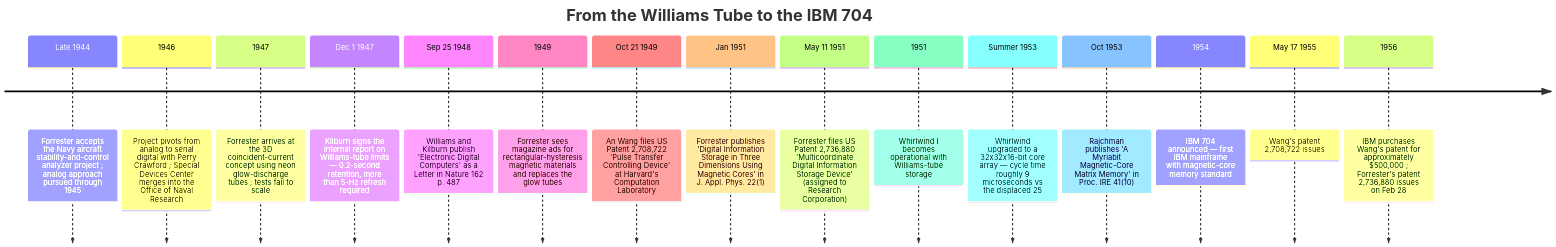
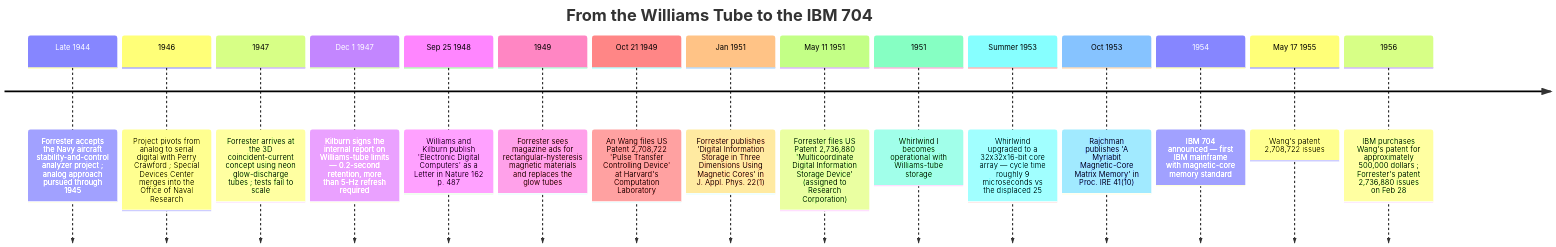
One commit to kube-dojo/kube-dojo changed the diagram in src/content/docs/ai-history/ch-09-the-memory-miracle.md. Above: the diagram before and after it, drawn with Mermaid. The commit also changed other lines of this file and 2 other files, not shown here.

````diff
--- a/src/content/docs/ai-history/ch-09-the-memory-miracle.md
+++ b/src/content/docs/ai-history/ch-09-the-memory-miracle.md
@@ -29,19 +29,19 @@
 ```mermaid
 timeline
     title From the Williams Tube to the IBM 704
     Late 1944 : Forrester accepts the Navy aircraft stability-and-control analyzer project ; analog approach pursued through 1945
     1946 : Project pivots from analog to serial digital with Perry Crawford ; Special Devices Center merges into the Office of Naval Research
     1947 : Forrester arrives at the 3D coincident-current concept using neon glow-discharge tubes ; tests fail to scale
     Dec 1 1947 : Kilburn signs the internal report on Williams-tube limits — 0.2-second retention, more than 5-Hz refresh required
     Sep 25 1948 : Williams and Kilburn publish 'Electronic Digital Computers' as a Letter in Nature 162 p. 487
     1949 : Forrester sees magazine ads for rectangular-hysteresis magnetic materials and replaces the glow tubes
     Oct 21 1949 : An Wang files US Patent 2,708,722 'Pulse Transfer Controlling Device' at Harvard's Computation Laboratory
     Jan 1951 : Forrester publishes 'Digital Information Storage in Three Dimensions Using Magnetic Cores' in J. Appl. Phys. 22(1)
     May 11 1951 : Forrester files US Patent 2,736,880 'Multicoordinate Digital Information Storage Device' (assigned to Research Corporation)
     1951 : Whirlwind I becomes operational with Williams-tube storage
     Summer 1953 : Whirlwind upgraded to a 32x32x16-bit core array — cycle time roughly 9 microseconds vs the displaced 25
     Oct 1953 : Rajchman publishes 'A Myriabit Magnetic-Core Matrix Memory' in Proc. IRE 41(10)
     1954 : IBM 704 announced — first IBM mainframe with magnetic-core memory standard
     May 17 1955 : Wang's patent 2,708,722 issues
-    1956 : IBM purchases Wang's patent for approximately $500,000 ; Forrester's patent 2,736,880 issues on Feb 28
+    1956 : IBM purchases Wang's patent for approximately 500,000 dollars ; Forrester's patent 2,736,880 issues on Feb 28
 ```
````
